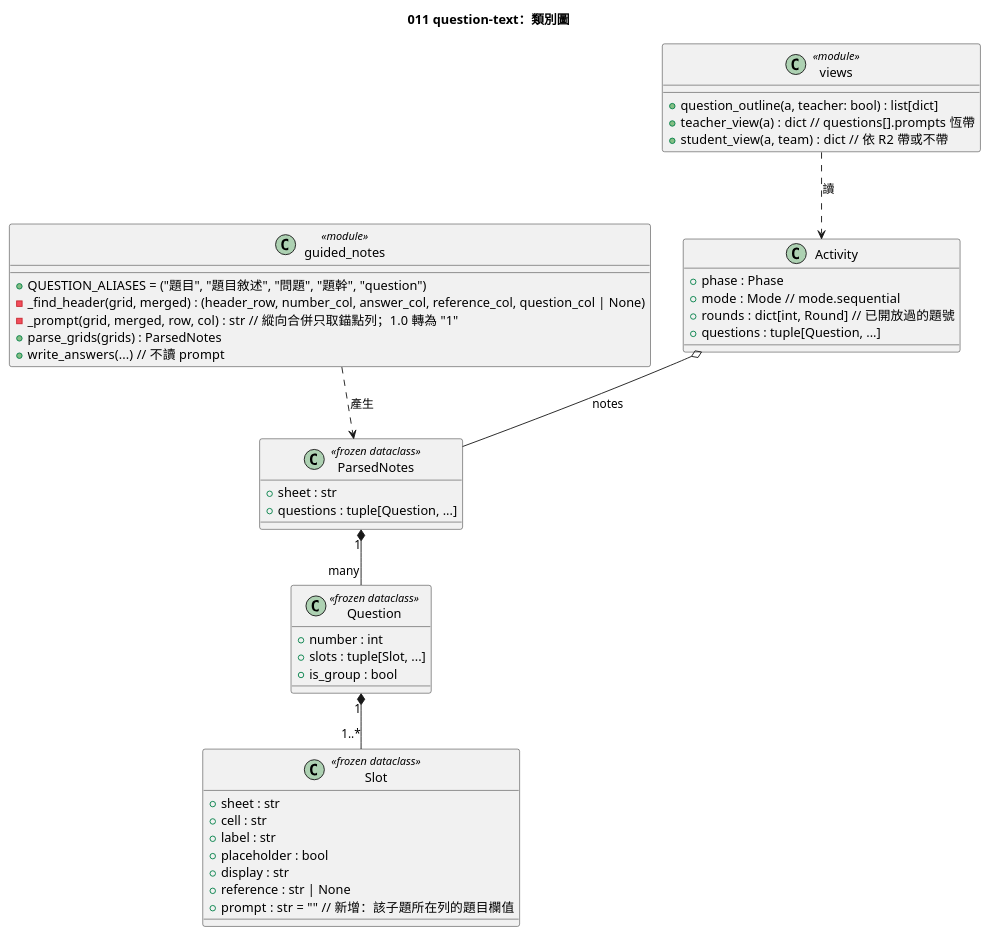
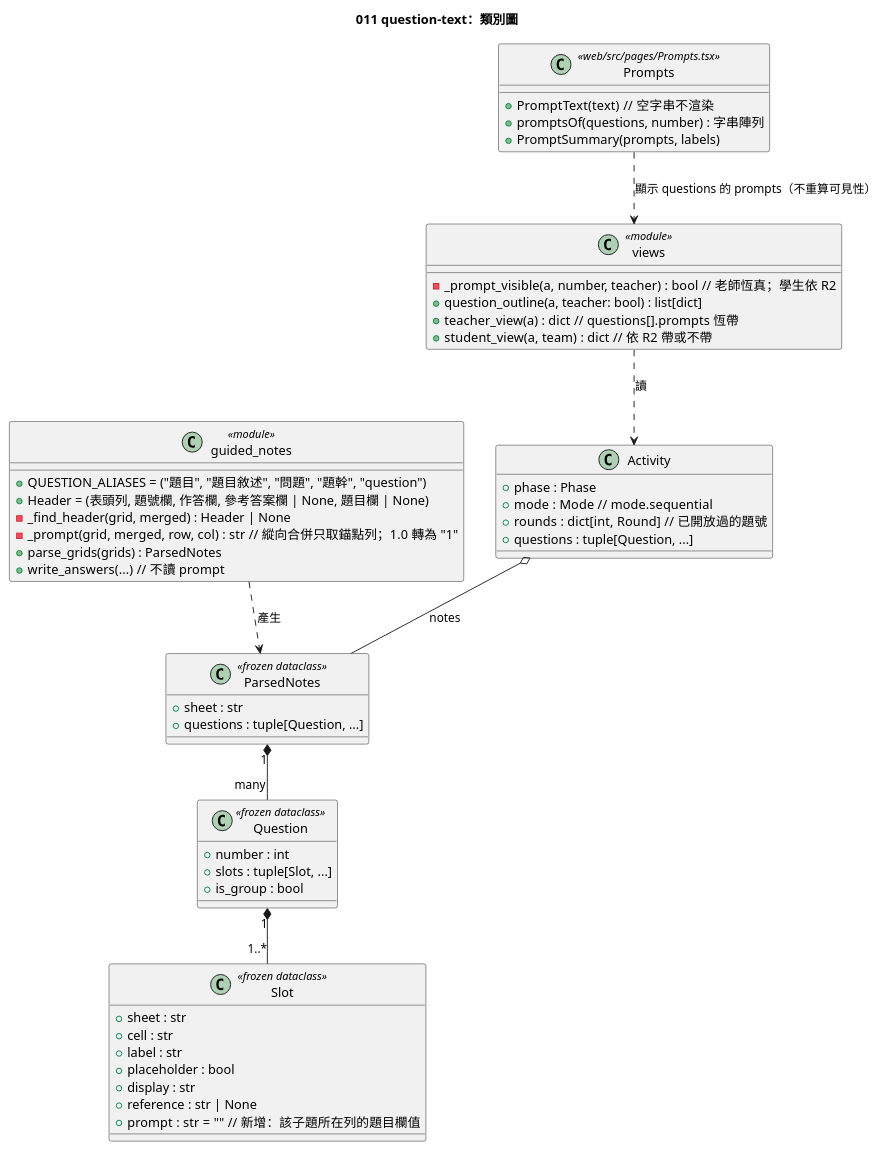
Before and after one commit to yue083139/software_fin-speckit: the diagram in diagrams/011-question-text-class.puml, drawn with PlantUML. The commit also changed 30 other files, not shown here.

First line of the commit message:
feat(server,web): [CORE] 011-question-text v1.1——匯入題目敘述，搶答開始後顯示給學生

```diff
--- a/diagrams/011-question-text-class.puml
+++ b/diagrams/011-question-text-class.puml
@@ -1,51 +1,59 @@
 @startuml 011-question-text-class
 title 011 question-text：類別圖
 
 class Slot <<frozen dataclass>> {
   + sheet : str
   + cell : str
   + label : str
   + placeholder : bool
   + display : str
   + reference : str | None
   + prompt : str = ""  // 新增：該子題所在列的題目欄值
 }
 
 class Question <<frozen dataclass>> {
   + number : int
   + slots : tuple[Slot, ...]
   + is_group : bool
 }
 
 class ParsedNotes <<frozen dataclass>> {
   + sheet : str
   + questions : tuple[Question, ...]
 }
 
 class guided_notes <<module>> {
   + QUESTION_ALIASES = ("題目", "題目敘述", "問題", "題幹", "question")
-  - _find_header(grid, merged) : (header_row, number_col, answer_col, reference_col, question_col | None)
+  + Header = (表頭列, 題號欄, 作答欄, 參考答案欄 | None, 題目欄 | None)
+  - _find_header(grid, merged) : Header | None
   - _prompt(grid, merged, row, col) : str  // 縱向合併只取錨點列；1.0 轉為 "1"
   + parse_grids(grids) : ParsedNotes
   + write_answers(...)  // 不讀 prompt
 }
 
 class views <<module>> {
+  - _prompt_visible(a, number, teacher) : bool  // 老師恆真；學生依 R2
   + question_outline(a, teacher: bool) : list[dict]
   + teacher_view(a) : dict  // questions[].prompts 恆帶
   + student_view(a, team) : dict  // 依 R2 帶或不帶
 }
 
 class Activity {
   + phase : Phase
   + mode : Mode  // mode.sequential
   + rounds : dict[int, Round]  // 已開放過的題號
   + questions : tuple[Question, ...]
 }
 
 ParsedNotes "1" *-- "many" Question
 Question "1" *-- "1..*" Slot
 guided_notes ..> ParsedNotes : 產生
 views ..> Activity : 讀
 Activity o-- ParsedNotes : notes
+class Prompts <<web/src/pages/Prompts.tsx>> {
+  + PromptText(text)  // 空字串不渲染
+  + promptsOf(questions, number) : 字串陣列
+  + PromptSummary(prompts, labels)
+}
+Prompts ..> views : 顯示 questions 的 prompts（不重算可見性）
 @enduml
```
